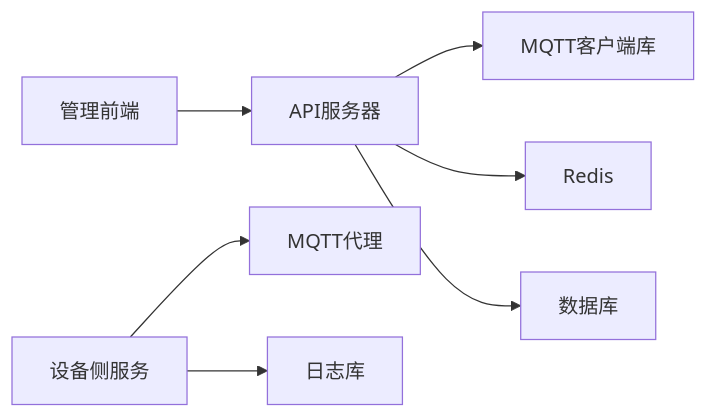
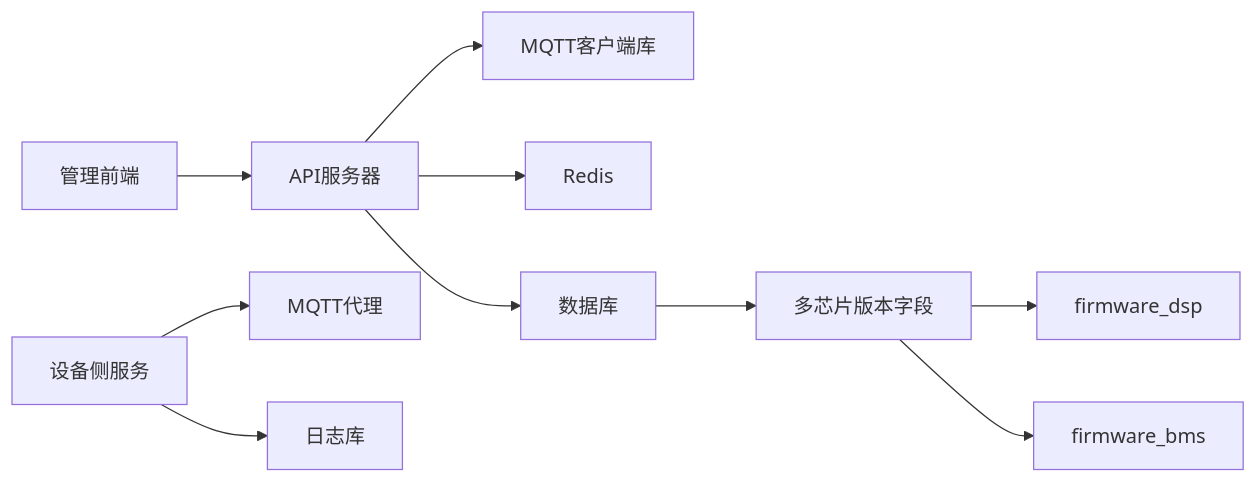
Before and after one commit to mcmrzy/cs_inv_monitor-develop: the eighth of 8 diagrams in .qoder/repowiki/zh/content/OTA升级系统/设备端OTA程序.md, drawn with Mermaid. The commit also changed other lines of this file and 12 other files, not shown here.

````diff
--- a/.qoder/repowiki/zh/content/OTA升级系统/设备端OTA程序.md
+++ b/.qoder/repowiki/zh/content/OTA升级系统/设备端OTA程序.md
@@ -237,9 +351,12 @@
 ```mermaid
 graph LR
 API_Server["API服务器"] --> MQTT_Client["MQTT客户端库"]
 API_Server --> Redis["Redis"]
 API_Server --> DB["数据库"]
 Device_Server["设备侧服务"] --> MQTT_Broker["MQTT代理"]
 Device_Server --> Logger["日志库"]
 Frontend["管理前端"] --> API_Server
+DB --> MultiChip["多芯片版本字段"]
+MultiChip --> DSP["firmware_dsp"]
+MultiChip --> BMS["firmware_bms"]
 ```
````
